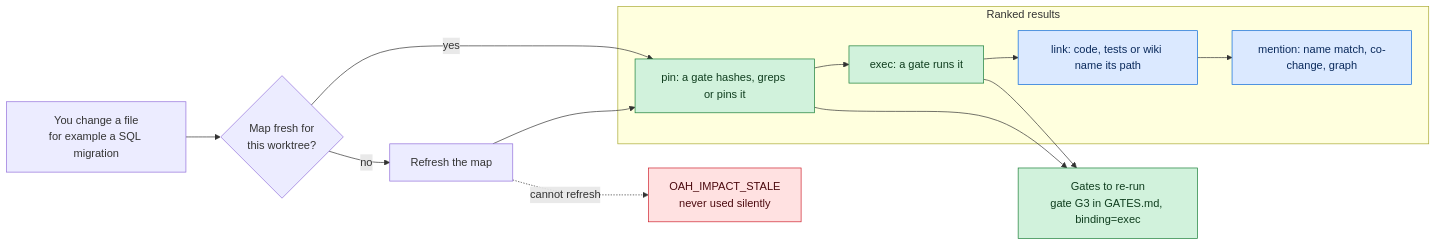
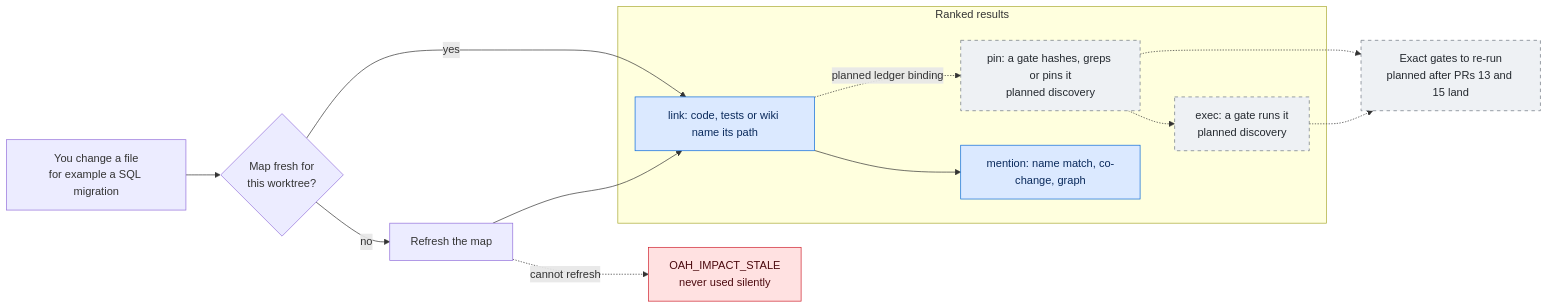
Before and after one commit to KenSuh/open-agent-harness: the fourth of 8 diagrams in README.md, drawn with Mermaid. The commit also changed other lines of this file, not shown here.

````diff
--- a/README.md
+++ b/README.md
@@ -254,31 +258,33 @@
 ```mermaid
 flowchart LR
     change["You change a file<br/>for example a SQL migration"]
     fresh{"Map fresh for<br/>this worktree?"}
     refresh["Refresh the map"]
     stale["OAH_IMPACT_STALE<br/>never used silently"]
 
     subgraph ranked["Ranked results"]
-        pinR["pin: a gate hashes, greps or pins it"]
-        execR["exec: a gate runs it"]
+        pinR["pin: a gate hashes, greps or pins it<br/>planned discovery"]
+        execR["exec: a gate runs it<br/>planned discovery"]
         linkR["link: code, tests or wiki name its path"]
         mentionR["mention: name match, co-change, graph"]
     end
 
-    rerun["Gates to re-run<br/>gate G3 in GATES.md, binding=exec"]
+    rerun["Exact gates to re-run<br/>planned after PRs 13 and 15 land"]
 
     change --> fresh
-    fresh -->|"yes"| pinR
-    fresh -->|"no"| refresh --> pinR
+    fresh -->|"yes"| linkR
+    fresh -->|"no"| refresh --> linkR
     refresh -.->|"cannot refresh"| stale
-    pinR --> execR --> linkR --> mentionR
-    pinR --> rerun
-    execR --> rerun
+    linkR --> mentionR
+    linkR -.->|"planned ledger binding"| pinR
+    pinR -.-> execR
+    pinR -.-> rerun
+    execR -.-> rerun
 
-    classDef strong fill:#d1f2dc,stroke:#1a7f37,color:#0f3d1e
+    classDef planned fill:#eef1f4,stroke:#6e7781,color:#24292f,stroke-dasharray: 5 5
     classDef weak fill:#dbe9ff,stroke:#0969da,color:#0a2a5c
     classDef stop fill:#ffe1e1,stroke:#cf222e,color:#4c0a0f
-    class pinR,execR,rerun strong
+    class pinR,execR,rerun planned
     class linkR,mentionR weak
     class stale stop
 ```
````
